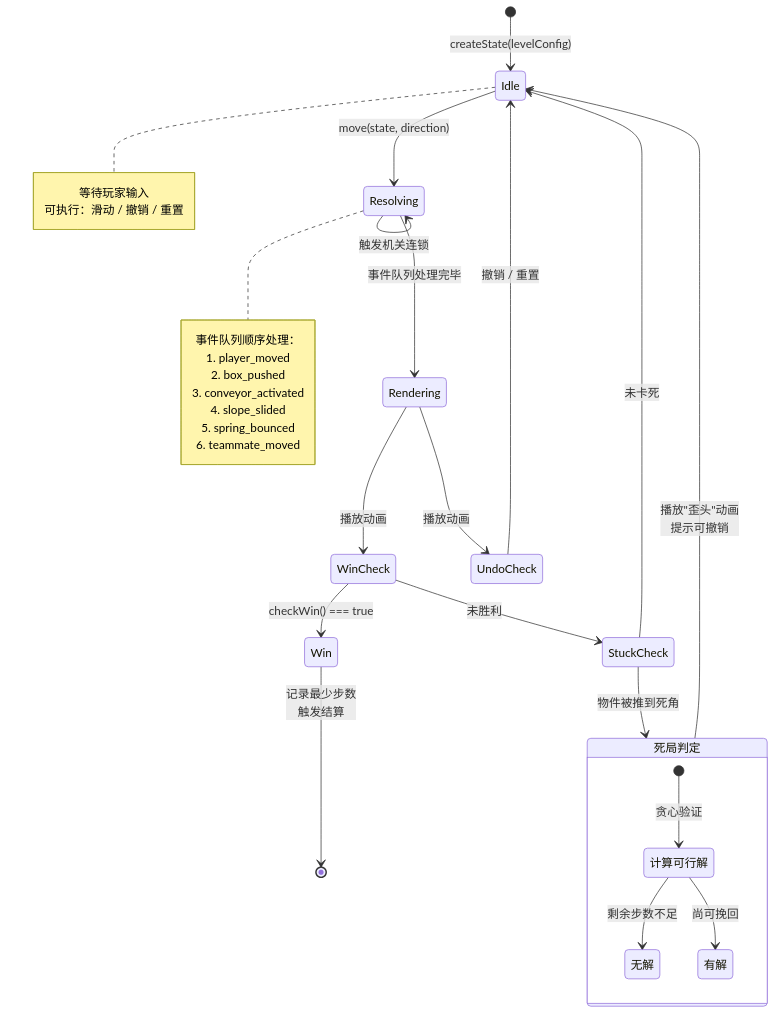
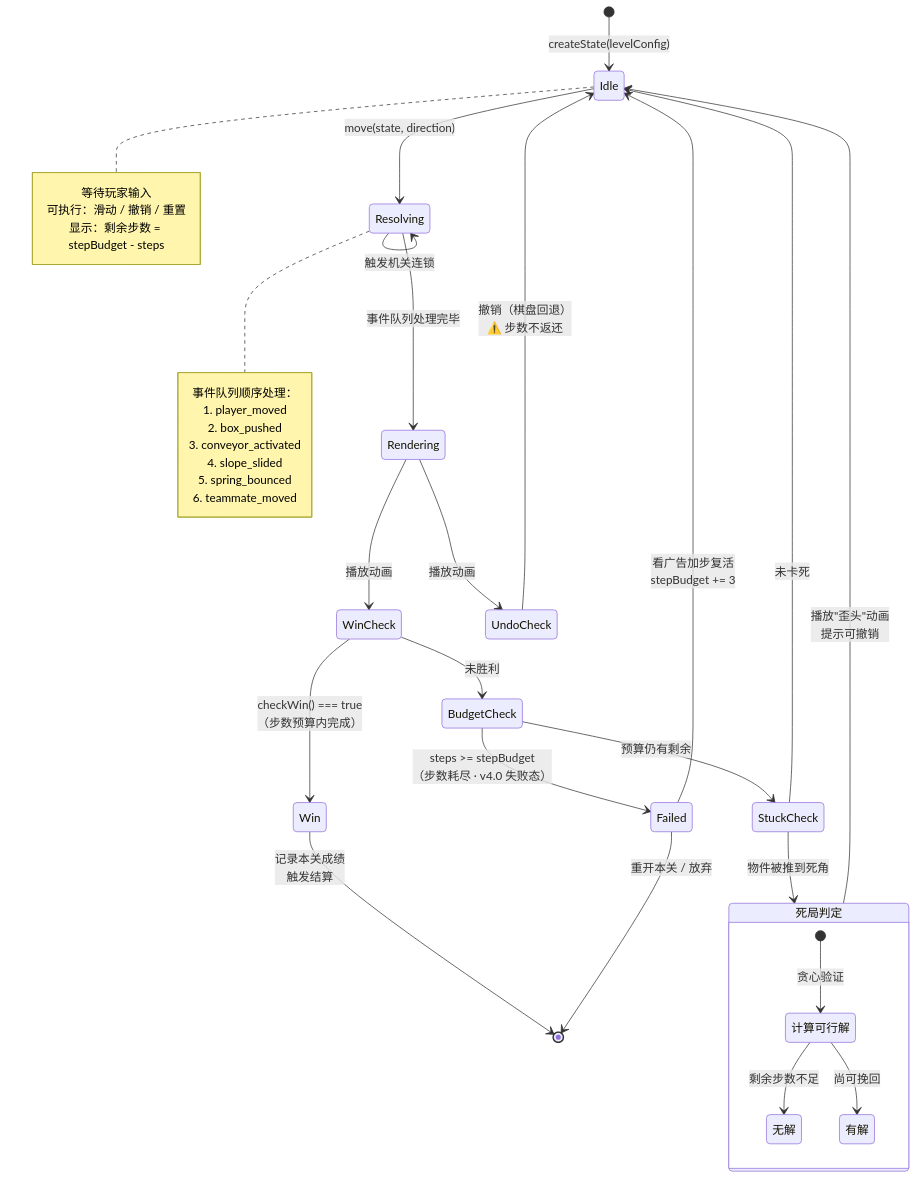
Before and after one commit to yuanbo-wang/game_box: the third of 8 diagrams in docs/02-flowcharts.md, drawn with Mermaid. The commit also changed other lines of this file and 4 other files, not shown here.

````diff
--- a/docs/02-flowcharts.md
+++ b/docs/02-flowcharts.md
@@ -134,44 +136,51 @@
 ```mermaid
 stateDiagram-v2
     [*] --> Idle: createState(levelConfig)
 
     Idle --> Resolving: move(state, direction)
     note right of Idle
         等待玩家输入
         可执行：滑动 / 撤销 / 重置
+        显示：剩余步数 = stepBudget - steps
     end note
 
     Resolving --> Resolving: 触发机关连锁
     note right of Resolving
         事件队列顺序处理：
         1. player_moved
         2. box_pushed
         3. conveyor_activated
         4. slope_slided
         5. spring_bounced
         6. teammate_moved
     end note
 
     Resolving --> Rendering: 事件队列处理完毕
 
     Rendering --> WinCheck: 播放动画
     Rendering --> UndoCheck: 播放动画
 
-    WinCheck --> Win: checkWin() === true
-    WinCheck --> StuckCheck: 未胜利
+    WinCheck --> Win: checkWin() === true<br/>（步数预算内完成）
+    WinCheck --> BudgetCheck: 未胜利
+
+    BudgetCheck --> Failed: steps >= stepBudget<br/>（步数耗尽 · v4.0 失败态）
+    BudgetCheck --> StuckCheck: 预算仍有剩余
 
     StuckCheck --> Deadlock: 物件被推到死角
     StuckCheck --> Idle: 未卡死
 
     Deadlock --> Idle: 播放"歪头"动画<br/>提示可撤销
 
-    UndoCheck --> Idle: 撤销 / 重置
+    UndoCheck --> Idle: 撤销（棋盘回退）<br/>⚠️ 步数不返还
 
-    Win --> [*]: 记录最少步数<br/>触发结算
+    Win --> [*]: 记录本关成绩<br/>触发结算
+
+    Failed --> Idle: 看广告加步复活<br/>stepBudget += 3
+    Failed --> [*]: 重开本关 / 放弃
 
     state "死局判定" as Deadlock {
         [*] --> 计算可行解: 贪心验证
         计算可行解 --> 无解: 剩余步数不足
         计算可行解 --> 有解: 尚可挽回
     }
 ```
````
